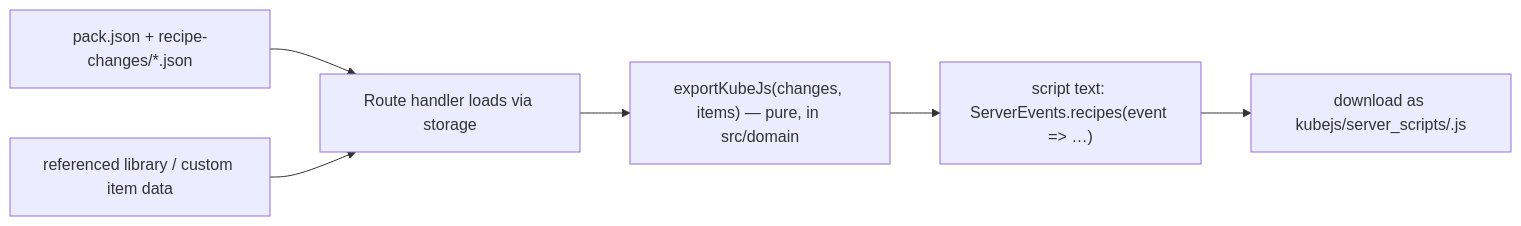
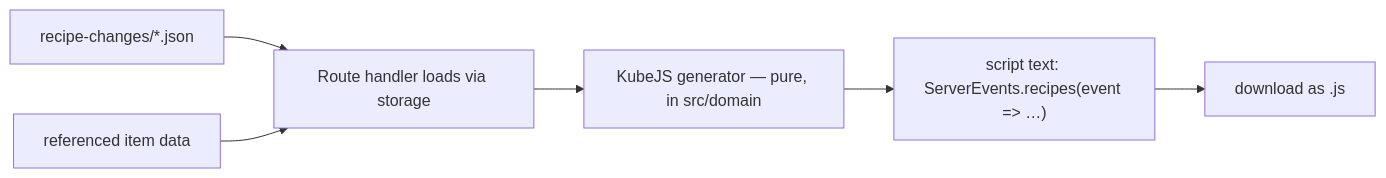
Before and after one commit to Jackson-Dataciders/Mineforge: the sixth of 6 diagrams in docs/architecture.md, drawn with Mermaid. The commit also changed other lines of this file and 90 other files, not shown here.

````diff
--- a/docs/architecture.md
+++ b/docs/architecture.md
@@ -213,8 +240,8 @@
 ```mermaid
 flowchart LR
-  P["pack.json + recipe-changes/*.json"] --> L[Route handler loads via storage]
-  I[referenced library / custom item data] --> L
-  L --> X["exportKubeJs(changes, items) — pure, in src/domain"]
+  P["recipe-changes/*.json"] --> L[Route handler loads via storage]
+  I[referenced item data] --> L
+  L --> X["KubeJS generator — pure, in src/domain"]
   X --> T["script text: ServerEvents.recipes(event => …)"]
-  T --> D["download as kubejs/server_scripts/<pack-id>.js"]
+  T --> D["download as .js"]
 ```
````
